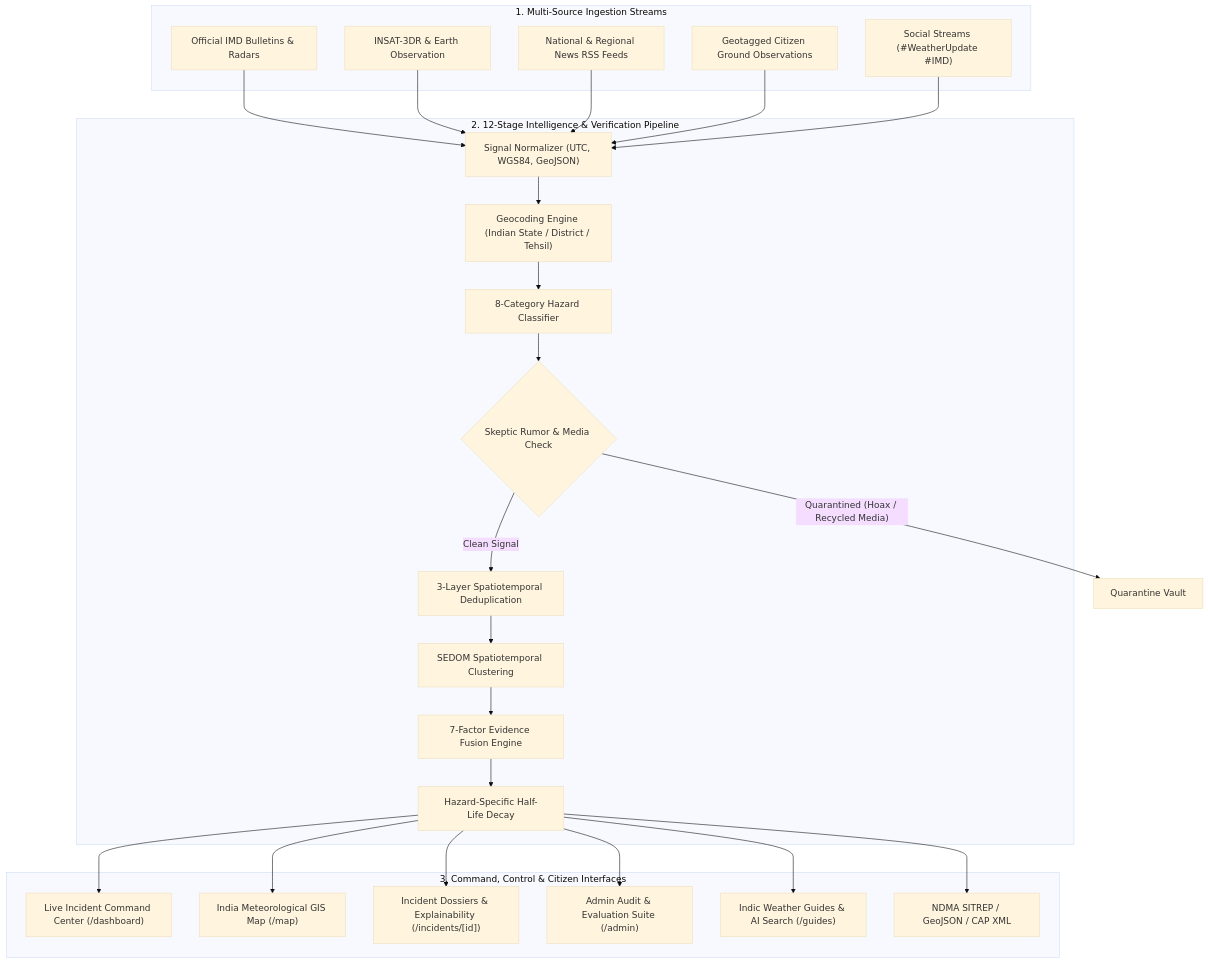
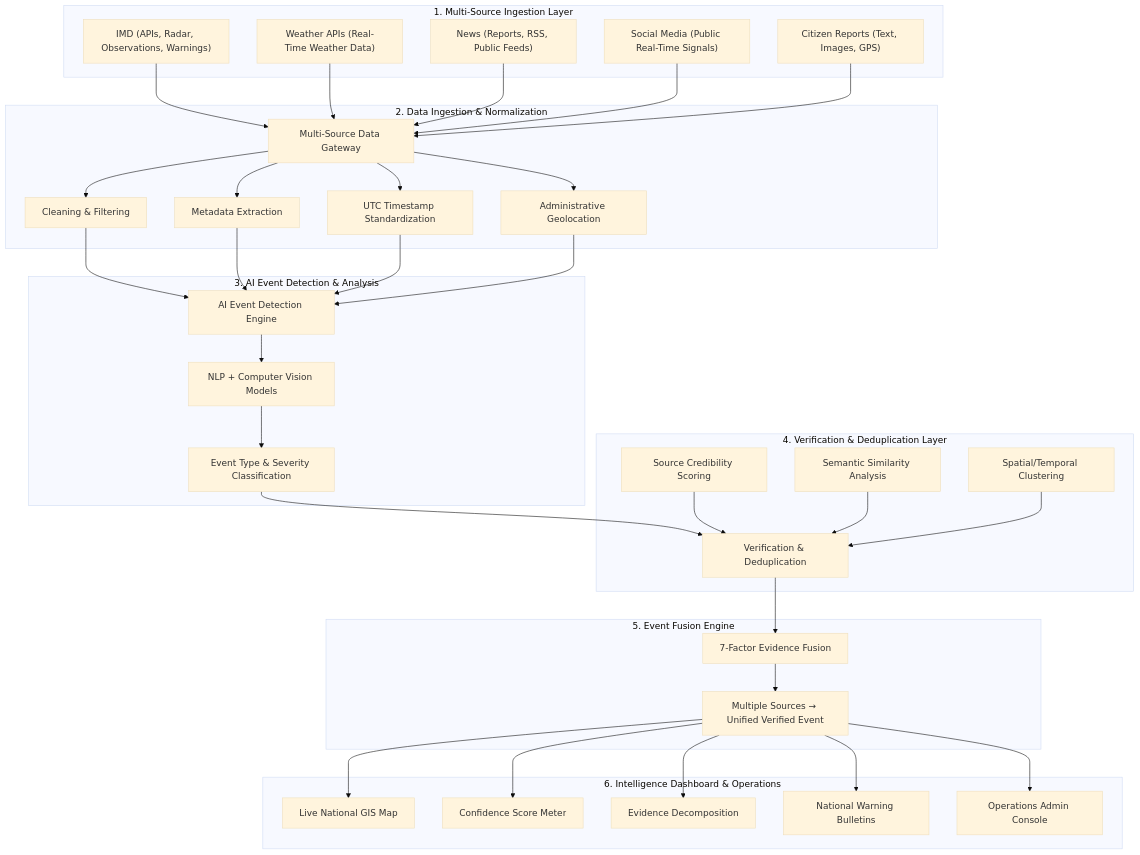
One commit to Ayush-Raj-Chourasia/AtmosAI changed the diagram in README.md. Above: the diagram before and after it, drawn with Mermaid (base theme). The commit also changed other lines of this file, not shown here.

Commit message:
docs: align architecture flowcharts and methodology in README with presentation slides

````diff
--- a/README.md
+++ b/README.md
@@ -38,37 +40,54 @@
 ```mermaid
 flowchart TD
-    subgraph SOURCELAYER ["1. Multi-Source Ingestion Streams"]
-        IMD["Official IMD Bulletins & Radars"]
-        SATELLITE["INSAT-3DR & Earth Observation"]
-        NEWS["National & Regional News RSS Feeds"]
-        CITIZEN["Geotagged Citizen Ground Observations"]
-        SOCIAL["Social Streams (#WeatherUpdate #IMD)"]
+    subgraph SOURCES ["1. Multi-Source Ingestion Layer"]
+        IMD["IMD (APIs, Radar, Observations, Warnings)"]
+        WAPI["Weather APIs (Real-Time Weather Data)"]
+        NEWS["News (Reports, RSS, Public Feeds)"]
+        SOCIAL["Social Media (Public Real-Time Signals)"]
+        CITIZEN["Citizen Reports (Text, Images, GPS)"]
     end
 
-    subgraph PIPELINE ["2. 12-Stage Intelligence & Verification Pipeline"]
-        NORM["Signal Normalizer (UTC, WGS84, GeoJSON)"]
-        GEO["Geocoding Engine (Indian State / District / Tehsil)"]
-        CLASS["8-Category Hazard Classifier"]
-        SKEPTIC{"Skeptic Rumor & Media Check"}
-        DEDUP["3-Layer Spatiotemporal Deduplication"]
-        CLUSTER["SEDOM Spatiotemporal Clustering"]
-        FUSION["7-Factor Evidence Fusion Engine"]
-        DECAY["Hazard-Specific Half-Life Decay"]
+    subgraph PREPROC ["2. Data Ingestion & Normalization"]
+        MULTI["Multi-Source Data Gateway"]
+        CLEAN["Cleaning & Filtering"]
+        META["Metadata Extraction"]
+        TIME["UTC Timestamp Standardization"]
+        GEO["Administrative Geolocation"]
     end
 
-    subgraph OUTPUTLAYER ["3. Command, Control & Citizen Interfaces"]
-        DASH["Live Incident Command Center (/dashboard)"]
-        MAP["India Meteorological GIS Map (/map)"]
-        DOSSIER["Incident Dossiers & Explainability (/incidents/[id])"]
-        ADMIN["Admin Audit & Evaluation Suite (/admin)"]
-        GUIDES["Indic Weather Guides & AI Search (/guides)"]
-        EXPORTS["NDMA SITREP / GeoJSON / CAP XML"]
+    subgraph DETECTION ["3. AI Event Detection & Analysis"]
+        AI_DETECT["AI Event Detection Engine"]
+        CV_NLP["NLP + Computer Vision Models"]
+        TYPE_SEV["Event Type & Severity Classification"]
     end
 
-    IMD & SATELLITE & NEWS & CITIZEN & SOCIAL --> NORM
-    NORM --> GEO --> CLASS --> SKEPTIC
-    SKEPTIC -- "Quarantined (Hoax / Recycled Media)" --> QUARANTINE["Quarantine Vault"]
-    SKEPTIC -- "Clean Signal" --> DEDUP
-    DEDUP --> CLUSTER --> FUSION --> DECAY
-    DECAY --> DASH & MAP & DOSSIER & ADMIN & GUIDES & EXPORTS
+    subgraph VERIF ["4. Verification & Deduplication Layer"]
+        VERIF_DEDUP["Verification & Deduplication"]
+        CRED["Source Credibility Scoring"]
+        SEM["Semantic Similarity Analysis"]
+        ST_CLUSTER["Spatial/Temporal Clustering"]
+    end
+
+    subgraph FUSION ["5. Event Fusion Engine"]
+        FUSE["7-Factor Evidence Fusion"]
+        UNIFIED["Multiple Sources → Unified Verified Event"]
+    end
+
+    subgraph DASHBOARD ["6. Intelligence Dashboard & Operations"]
+        GIS["Live National GIS Map"]
+        SCORE["Confidence Score Meter"]
+        EVIDENCE["Evidence Decomposition"]
+        ALERTS["National Warning Bulletins"]
+        ADMIN["Operations Admin Console"]
+    end
+
+    IMD & WAPI & NEWS & SOCIAL & CITIZEN --> MULTI
+    MULTI --> CLEAN & META & TIME & GEO
+    CLEAN & META & TIME & GEO --> AI_DETECT
+    AI_DETECT --> CV_NLP --> TYPE_SEV
+    TYPE_SEV --> VERIF_DEDUP
+    CRED & SEM & ST_CLUSTER --> VERIF_DEDUP
+    VERIF_DEDUP --> FUSE
+    FUSE --> UNIFIED
+    UNIFIED --> GIS & SCORE & EVIDENCE & ALERTS & ADMIN
 ```
````
